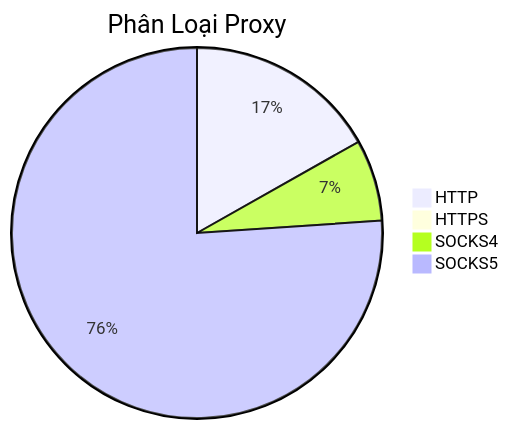
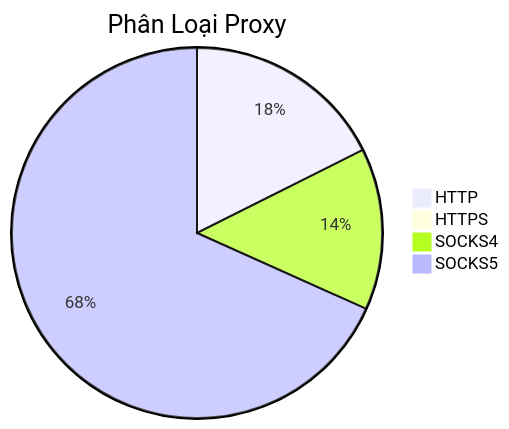
The diagram in README.md (Ciara-Aa/PROXY-free), drawn with Mermaid before and after one commit. The commit also changed other lines of this file and 4 other files, not shown here.

````diff
--- a/README.md
+++ b/README.md
@@ -26,7 +26,7 @@
 ```mermaid
 pie title Phân Loại Proxy
-    "HTTP" : 558
-    "HTTPS" : 0
-    "SOCKS4" : 236
-    "SOCKS5" : 2524
+    "HTTP" : 292
+    "HTTPS" : 3
+    "SOCKS4" : 234
+    "SOCKS5" : 1133
 ```
````
